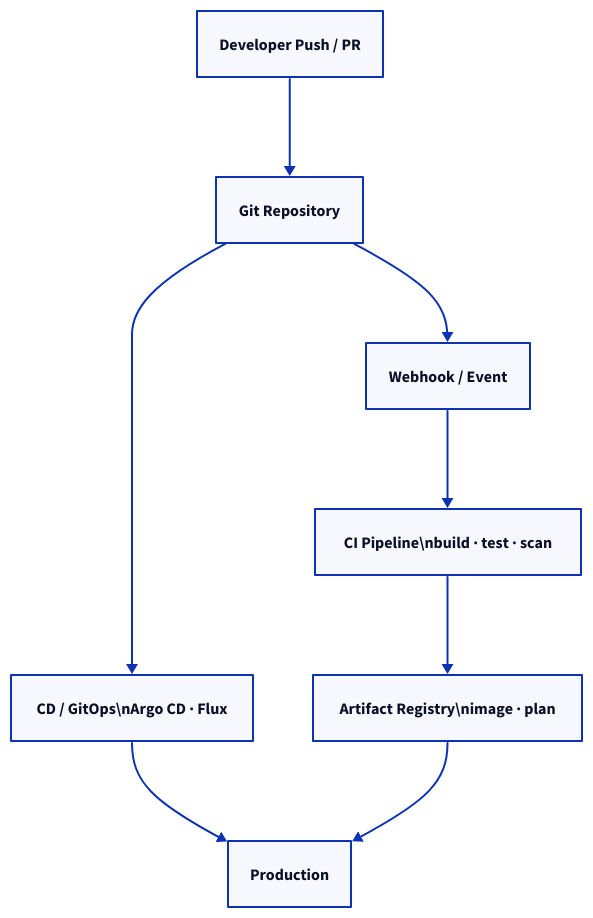
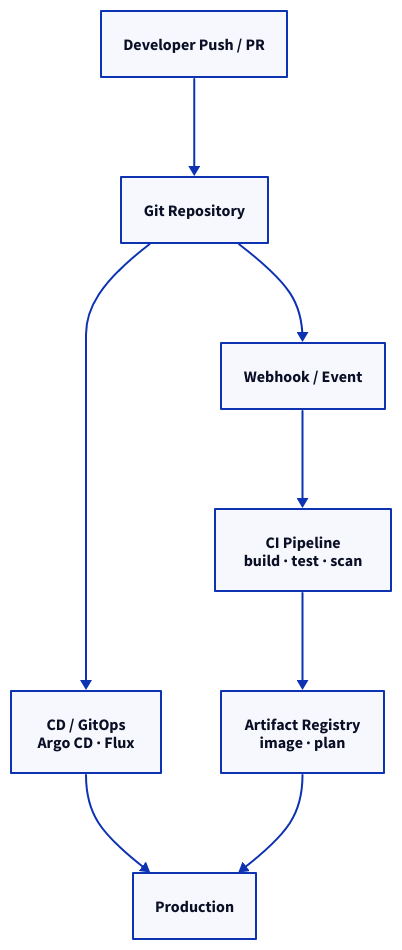
The diagram in docs/git/git-in-ci-cd-and-devops.md (rebash-rebash/rebash-academy), drawn with D2 before and after one commit. The commit also changed 177 other files, not shown here.

First line of the commit message:
Ship Terraform track, diagram polish, and new brand favicon.

````diff
--- a/docs/git/git-in-ci-cd-and-devops.md
+++ b/docs/git/git-in-ci-cd-and-devops.md
@@ -50,18 +50,18 @@
 ```d2
 direction: down
 
 DEV: "Developer Push / PR"
     GIT: "Git Repository"
     WH: "Webhook / Event"
-    CI: "CI Pipeline\\nbuild · test · scan"
-    ART: "Artifact Registry\\nimage · plan"
-    CD: "CD / GitOps\\nArgo CD · Flux"
+    CI: "CI Pipeline\nbuild · test · scan"
+    ART: "Artifact Registry\nimage · plan"
+    CD: "CD / GitOps\nArgo CD · Flux"
     PROD: Production
     DEV -> GIT
     GIT -> WH
     WH -> CI
     CI -> ART
     GIT -> CD
     CD -> PROD
     ART -> PROD
 ```
````
